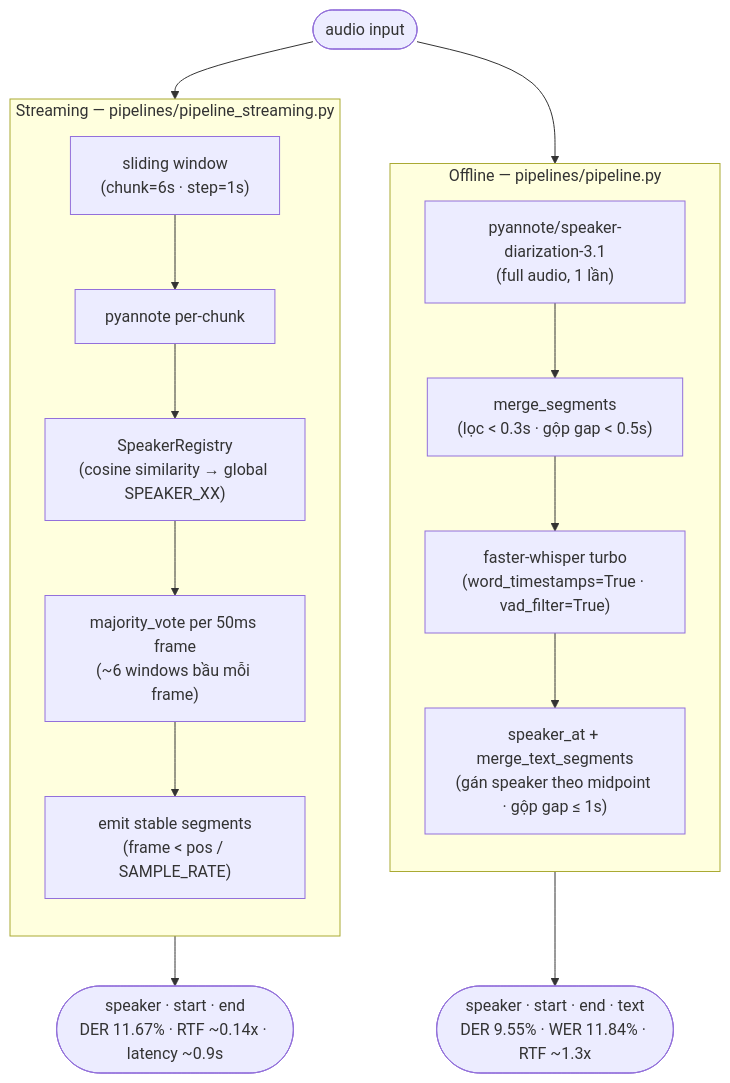
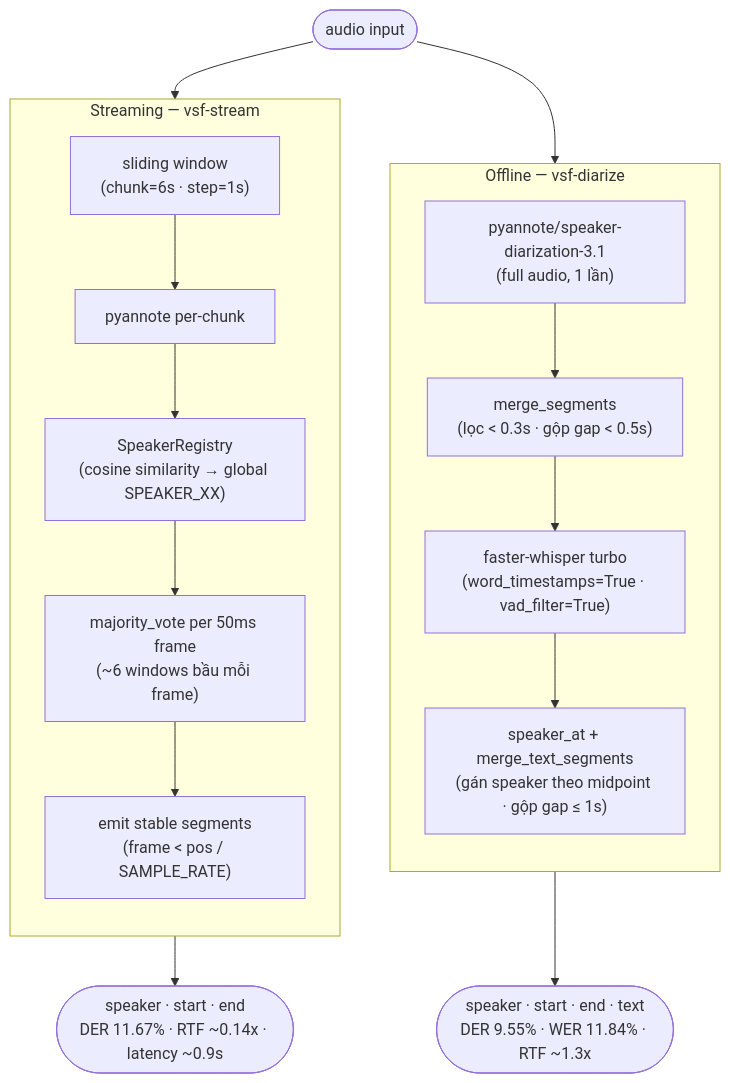
One commit to GolDDragon1702/vsf_diarization changed the first of 3 diagrams in REPORT.md. Above: the diagram before and after it, drawn with Mermaid. The commit also changed other lines of this file and 25 other files, not shown here.

````diff
--- a/REPORT.md
+++ b/REPORT.md
@@ -21,31 +21,31 @@
 ```mermaid
 flowchart TD
     INPUT([audio input])
 
-    subgraph OFF ["Offline — pipelines/pipeline.py"]
+    subgraph OFF ["Offline — vsf-diarize"]
         direction TB
         O1["pyannote/speaker-diarization-3.1\n(full audio, 1 lần)"]
         O2["merge_segments\n(lọc < 0.3s · gộp gap < 0.5s)"]
         O3["faster-whisper turbo\n(word_timestamps=True · vad_filter=True)"]
         O4["speaker_at + merge_text_segments\n(gán speaker theo midpoint · gộp gap ≤ 1s)"]
         O1 --> O2 --> O3 --> O4
     end
 
-    subgraph STR ["Streaming — pipelines/pipeline_streaming.py"]
+    subgraph STR ["Streaming — vsf-stream"]
         direction TB
         S1["sliding window\n(chunk=6s · step=1s)"]
         S2["pyannote per-chunk"]
         S3["SpeakerRegistry\n(cosine similarity → global SPEAKER_XX)"]
         S4["majority_vote per 50ms frame\n(~6 windows bầu mỗi frame)"]
         S5["emit stable segments\n(frame < pos / SAMPLE_RATE)"]
         S1 --> S2 --> S3 --> S4 --> S5
     end
 
     OUT_OFF(["speaker · start · end · text\nDER 9.55% · WER 11.84% · RTF ~1.3x"])
     OUT_STR(["speaker · start · end\nDER 11.67% · RTF ~0.14x · latency ~0.9s"])
 
     INPUT --> O1
     INPUT --> S1
     O4 --> OUT_OFF
     S5 --> OUT_STR
 ```
````
